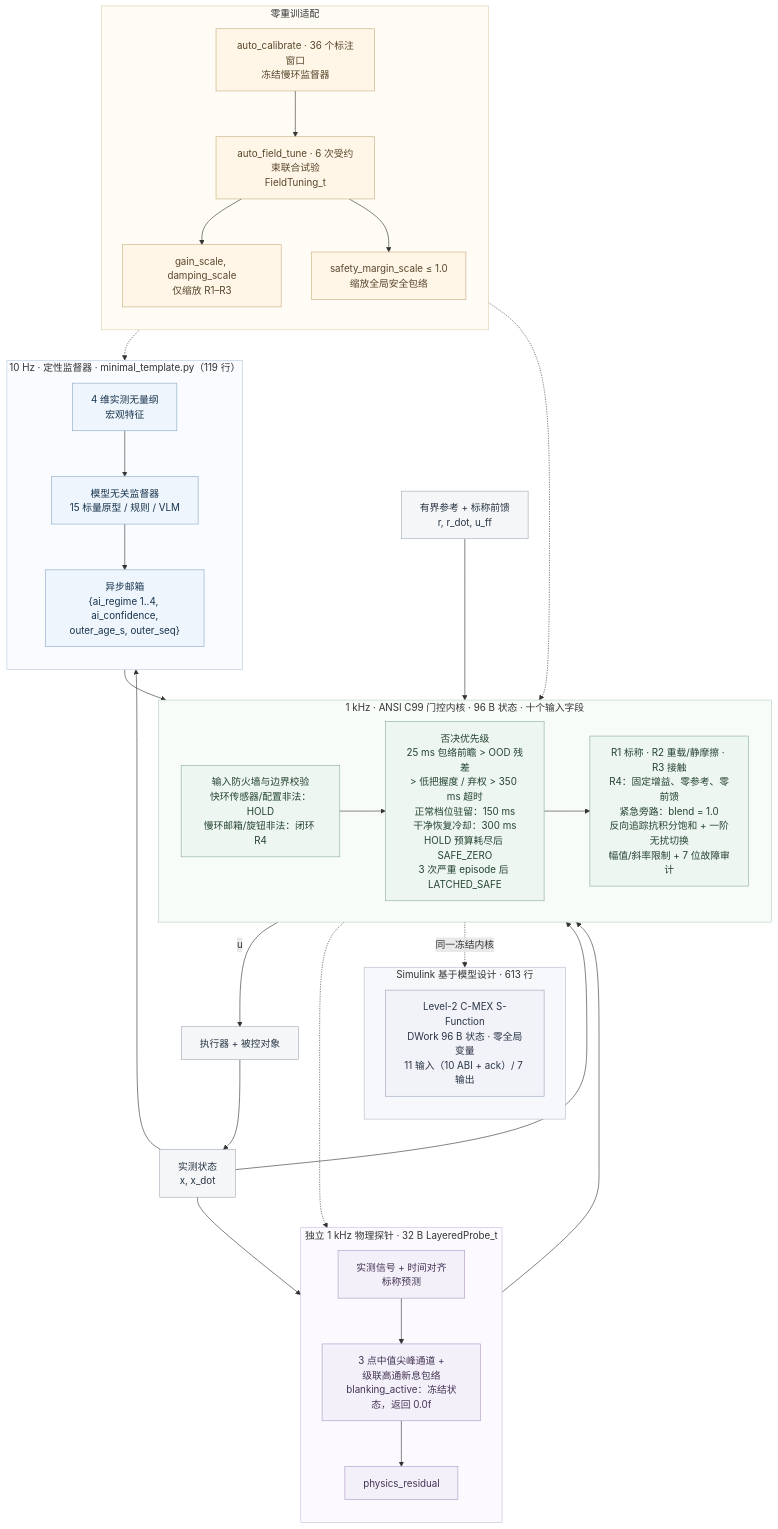
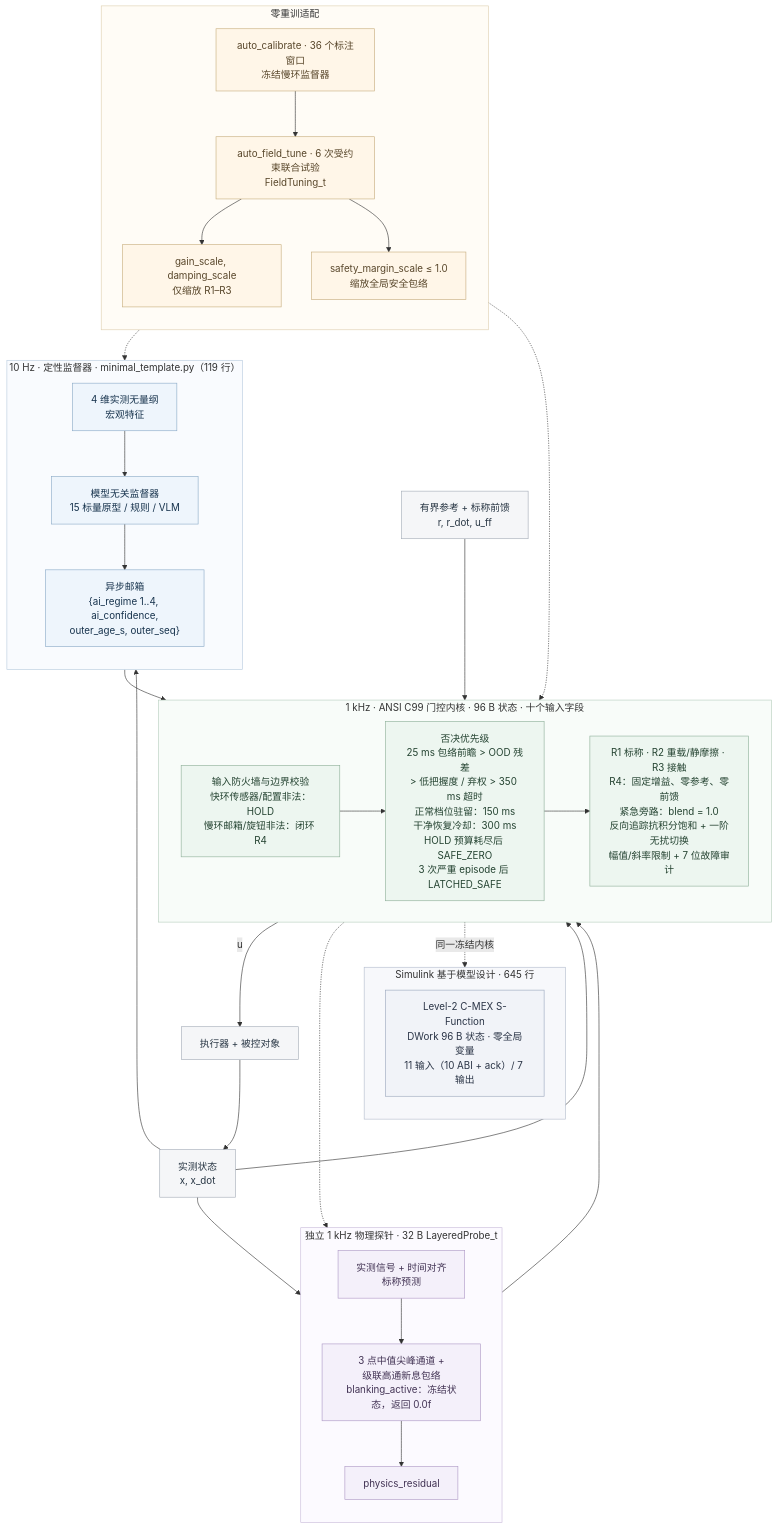
Before and after one commit to lijiawei255/ai-layered-control: the diagram in README_zh.md, drawn with Mermaid. The commit also changed other lines of this file and 14 other files, not shown here.

````diff
--- a/README_zh.md
+++ b/README_zh.md
@@ -54,70 +54,70 @@
 ```mermaid
 flowchart TB
     subgraph slow["10 Hz · 定性监督器 · minimal_template.py（119 行）"]
         direction TB
         features["4 维实测无量纲<br/>宏观特征"]
         supervisor["模型无关监督器<br/>15 标量原型 / 规则 / VLM"]
         mailbox["异步邮箱<br/>{ai_regime 1..4, ai_confidence,<br/>outer_age_s, outer_seq}"]
         features --> supervisor --> mailbox
     end
     subgraph probe["独立 1 kHz 物理探针 · 32 B LayeredProbe_t"]
         direction TB
         innovation["实测信号 + 时间对齐<br/>标称预测"]
         channels["3 点中值尖峰通道 +<br/>级联高通新息包络<br/>blanking_active：冻结状态，返回 0.0f"]
         residual["physics_residual"]
         innovation --> channels --> residual
     end
     subgraph fast["1 kHz · ANSI C99 门控内核 · 96 B 状态 · 十个输入字段"]
         direction LR
         firewall["输入防火墙与边界校验<br/>快环传感器/配置非法：HOLD<br/>慢环邮箱/旋钮非法：闭环 R4"]
         gates["否决优先级<br/>25 ms 包络前瞻 > OOD 残差<br/>> 低把握度 / 弃权 > 350 ms 超时<br/>正常档位驻留：150 ms<br/>干净恢复冷却：300 ms<br/>HOLD 预算耗尽后 SAFE_ZERO<br/>3 次严重 episode 后 LATCHED_SAFE"]
         bank["R1 标称 · R2 重载/静摩擦 · R3 接触<br/>R4：固定增益、零参考、零前馈<br/>紧急旁路：blend = 1.0<br/>反向追踪抗积分饱和 + 一阶无扰切换<br/>幅值/斜率限制 + 7 位故障审计"]
         firewall --> gates --> bank
     end
-    subgraph mbd["Simulink 基于模型设计 · 613 行"]
+    subgraph mbd["Simulink 基于模型设计 · 645 行"]
         direction TB
         sfun["Level-2 C-MEX S-Function<br/>DWork 96 B 状态 · 零全局变量<br/>11 输入（10 ABI + ack）/ 7 输出"]
     end
     subgraph adapt["零重训适配"]
         direction TB
         calibrate["auto_calibrate · 36 个标注窗口<br/>冻结慢环监督器"]
         tune["auto_field_tune · 6 次受约束联合试验<br/>FieldTuning_t"]
         gains["gain_scale, damping_scale<br/>仅缩放 R1–R3"]
         margin["safety_margin_scale ≤ 1.0<br/>缩放全局安全包络"]
         calibrate --> tune
         tune --> gains
         tune --> margin
     end
     reference["有界参考 + 标称前馈<br/>r, r_dot, u_ff"]
     plant["执行器 + 被控对象"]
     sensor["实测状态<br/>x, x_dot"]
     reference --> fast
     slow --> fast
     probe --> fast
     fast -->|"u"| plant
     plant --> sensor
     sensor --> fast
     sensor --> slow
     sensor --> probe
     fast -.-> probe
     fast -.->|"同一冻结内核"| sfun
     adapt -.-> slow
     adapt -.-> fast
     classDef slowNode fill:#eef5fc,stroke:#8baac7,color:#17334d;
     classDef probeNode fill:#f4f0fa,stroke:#ad98c5,color:#423354;
     classDef coreNode fill:#edf6f0,stroke:#8eaf99,color:#244331;
     classDef adaptNode fill:#fff6e8,stroke:#c7ad7d,color:#58462a;
     classDef ioNode fill:#f5f6f8,stroke:#a4acb7,color:#283644;
     classDef mbdNode fill:#f1f3f8,stroke:#9aa7bd,color:#2a3446;
     class features,supervisor,mailbox slowNode;
     class innovation,channels,residual probeNode;
     class firewall,gates,bank coreNode;
     class calibrate,tune,gains,margin adaptNode;
     class reference,plant,sensor ioNode;
     class sfun mbdNode;
     style slow fill:#f9fbfe,stroke:#b8cbde
     style probe fill:#fcfaff,stroke:#c9bbda
     style fast fill:#f8fcf9,stroke:#b6cdbd
     style mbd fill:#f7f8fb,stroke:#b3bccd
     style adapt fill:#fffcf6,stroke:#dfcfaf
 ```
````
